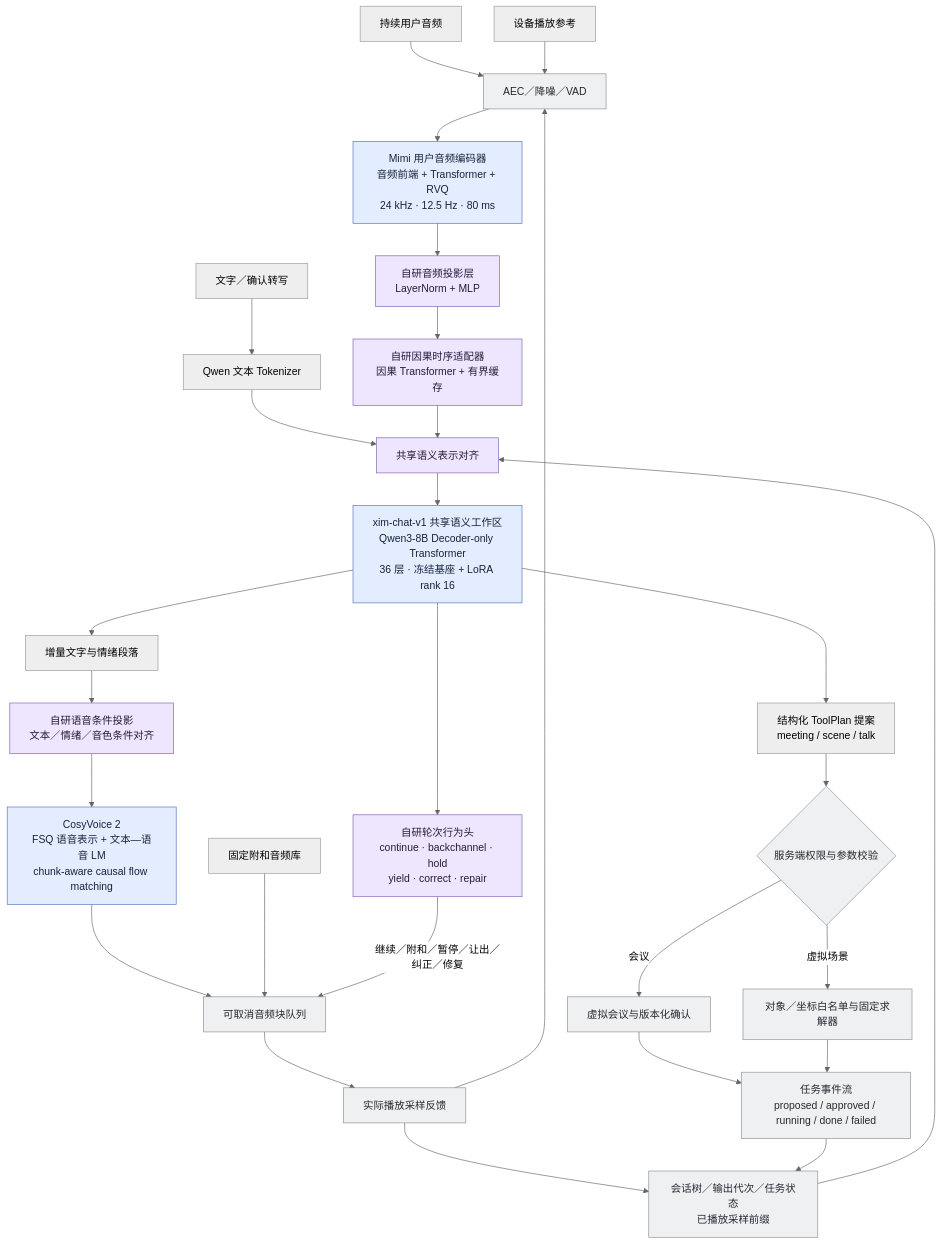
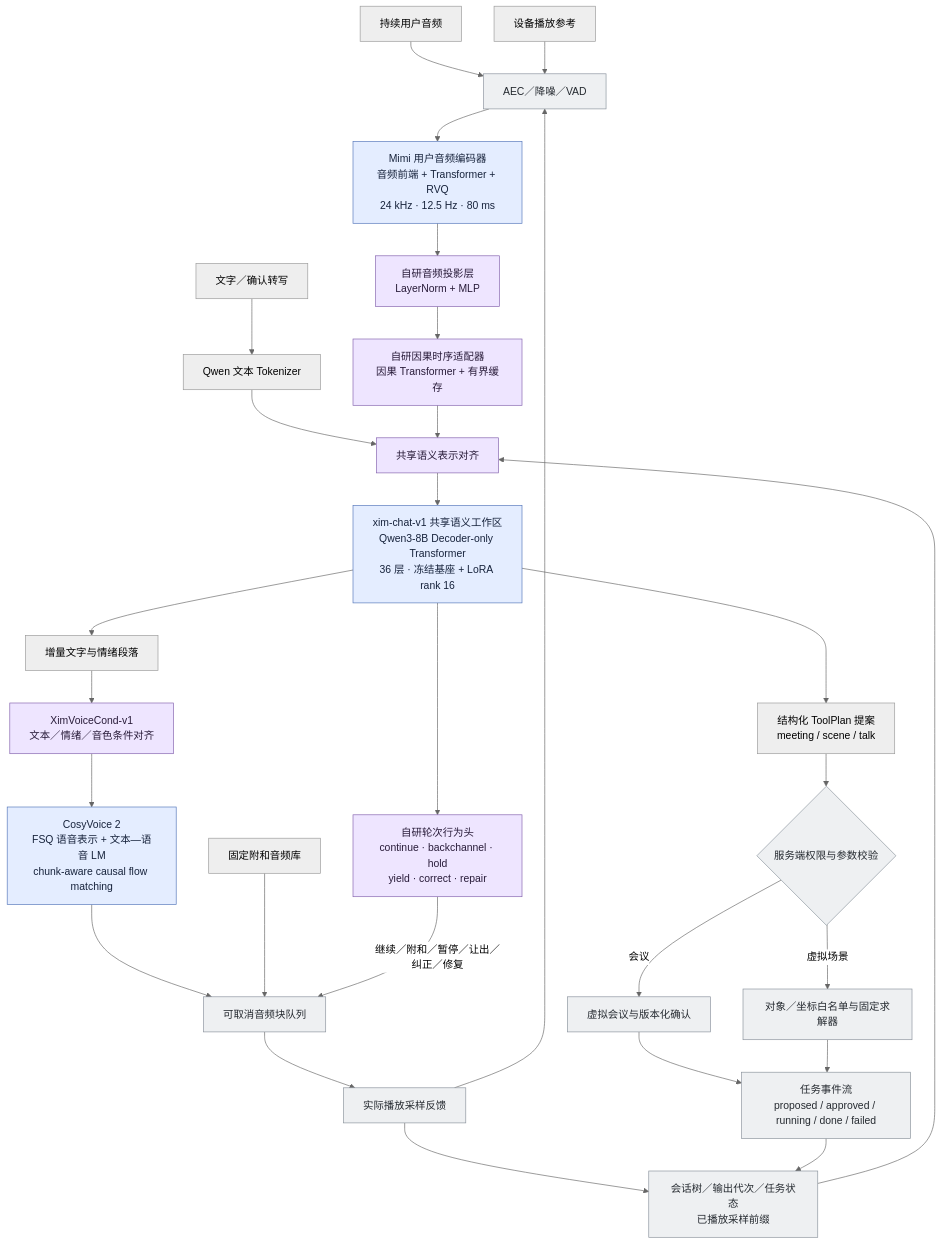
The first of 2 diagrams in docs/FUSION_ARCHITECTURE.md (wuki-creator/Xim-duplex), drawn with Mermaid (neutral theme) before and after one commit. The commit also changed other lines of this file and 3 other files, not shown here.

Commit message:
docs: define XimVoiceCond-v1 architecture

````diff
--- a/docs/FUSION_ARCHITECTURE.md
+++ b/docs/FUSION_ARCHITECTURE.md
@@ -17,39 +17,39 @@
 ```mermaid
 flowchart TD
     MIC[持续用户音频] --> AEC[AEC／降噪／VAD]
     REF[设备播放参考] --> AEC
     AEC --> MIMI[Mimi 用户音频编码器<br/>音频前端 + Transformer + RVQ<br/>24 kHz · 12.5 Hz · 80 ms]
     TEXT[文字／确认转写] --> TOK[Qwen 文本 Tokenizer]
     MIMI --> PROJ[自研音频投影层<br/>LayerNorm + MLP]
     PROJ --> TEMP[自研因果时序适配器<br/>因果 Transformer + 有界缓存]
     TOK --> ALIGN[共享语义表示对齐]
     TEMP --> ALIGN
     STATE[会话树／输出代次／任务状态<br/>已播放采样前缀] --> ALIGN
     ALIGN --> XIM[xim-chat-v1 共享语义工作区<br/>Qwen3-8B Decoder-only Transformer<br/>36 层 · 冻结基座 + LoRA rank 16]
 
     XIM --> TURN[自研轮次行为头<br/>continue · backchannel · hold<br/>yield · correct · repair]
     XIM --> SEG[增量文字与情绪段落]
     XIM --> PLAN[结构化 ToolPlan 提案<br/>meeting / scene / talk]
-    SEG --> VPROJ[自研语音条件投影<br/>文本／情绪／音色条件对齐]
+    SEG --> VPROJ[XimVoiceCond-v1<br/>文本／情绪／音色条件对齐]
     VPROJ --> CV2[CosyVoice 2<br/>FSQ 语音表示 + 文本—语音 LM<br/>chunk-aware causal flow matching]
     CV2 --> PLAY[可取消音频块队列]
     FIXED[固定附和音频库] --> PLAY
     TURN -->|继续／附和／暂停／让出／纠正／修复| PLAY
     PLAY --> ACK[实际播放采样反馈]
     ACK --> STATE
     ACK --> AEC
 
     PLAN --> CHECK{服务端权限与参数校验}
     CHECK -->|会议| ROOM[虚拟会议与版本化确认]
     CHECK -->|虚拟场景| SCENE[对象／坐标白名单与固定求解器]
     ROOM --> EVENTS[任务事件流<br/>proposed / approved / running / done / failed]
     SCENE --> EVENTS
     EVENTS --> STATE
 
     classDef upstream fill:#e4edff,stroke:#5274b9,color:#17233c;
     classDef train fill:#eee5ff,stroke:#8260ac,color:#281b39;
     classDef rule fill:#eef0f2,stroke:#89919b,color:#252a30;
     class MIMI,XIM,CV2 upstream;
     class PROJ,TEMP,ALIGN,TURN,VPROJ train;
     class AEC,STATE,PLAY,ACK,CHECK,ROOM,SCENE,EVENTS rule;
 ```
````
